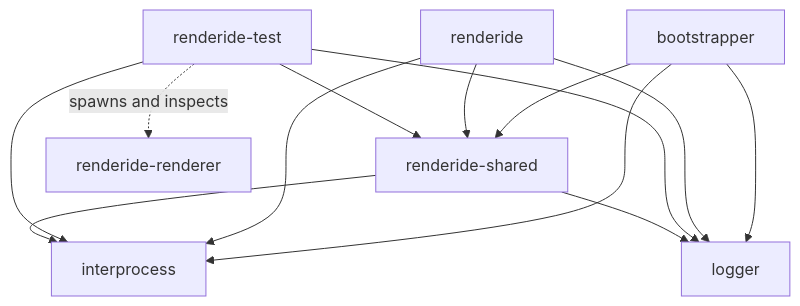
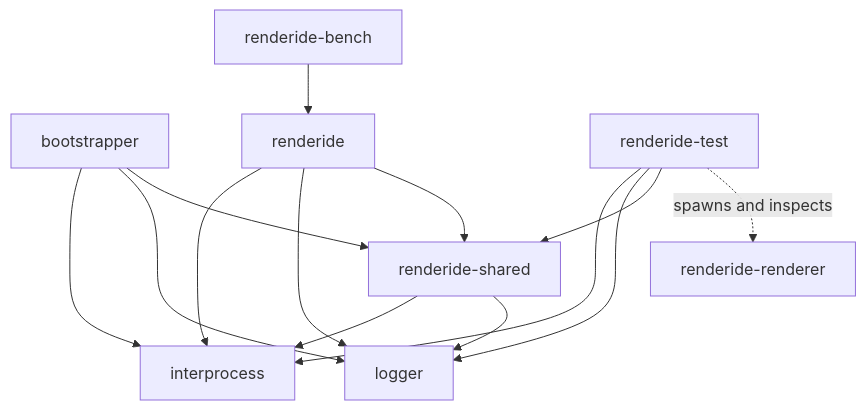
One commit to DoubleStyxx/Renderide changed the second of 10 diagrams in CONTRIBUTING.md. Above: the diagram before and after it, drawn with Mermaid. The commit also changed other lines of this file and 13 other files, not shown here.

````diff
--- a/CONTRIBUTING.md
+++ b/CONTRIBUTING.md
@@ -140,15 +141,16 @@
 ```mermaid
 flowchart TB
     bootstrapper --> interprocess
     bootstrapper --> logger
     bootstrapper --> renderide_shared[renderide-shared]
     renderide --> interprocess
     renderide --> logger
     renderide --> renderide_shared
     renderide_test[renderide-test] --> interprocess
     renderide_test --> logger
     renderide_test --> renderide_shared
     renderide_test -. spawns and inspects .-> renderide_renderer[renderide-renderer]
+    renderide_bench[renderide-bench] --> renderide
     renderide_shared --> interprocess
     renderide_shared --> logger
 ```
````
